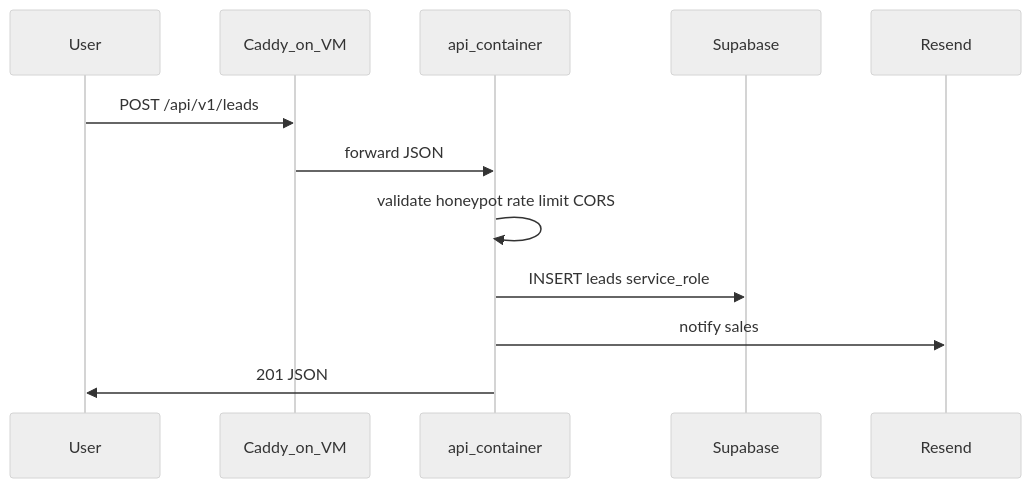
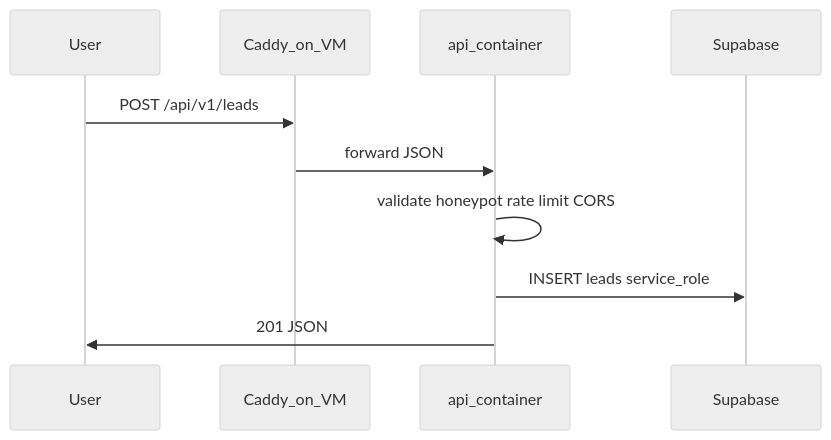
One commit to t2c-coding/gsw-landingpage changed the third of 4 diagrams in plan.md. Above: the diagram before and after it, drawn with Mermaid (neutral theme). The commit also changed other lines of this file and 6 other files, not shown here.

````diff
--- a/plan.md
+++ b/plan.md
@@ -372,15 +370,12 @@
 ```mermaid
 sequenceDiagram
   participant User
   participant Proxy as Caddy_on_VM
   participant API as api_container
   participant Supabase
-  participant Resend
-
   User->>Proxy: POST /api/v1/leads
   Proxy->>API: forward JSON
   API->>API: validate honeypot rate limit CORS
   API->>Supabase: INSERT leads service_role
-  API->>Resend: notify sales
   API->>User: 201 JSON
 ```
````
